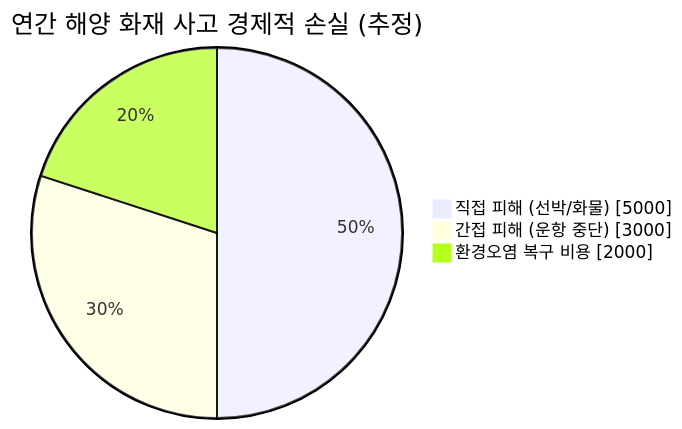
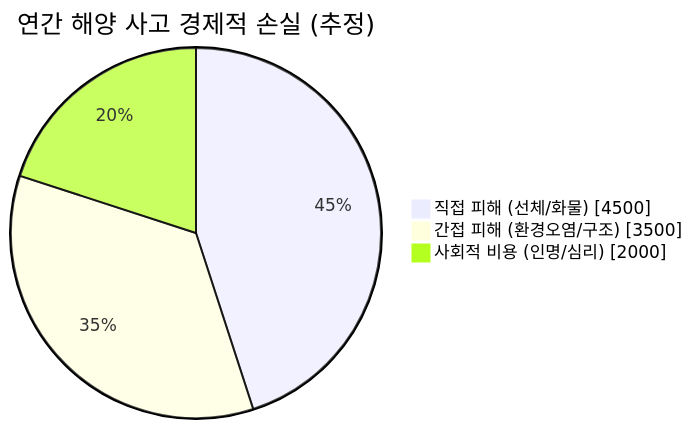
The fourth of 29 diagrams in report.md (ymseo741/isedss-presentation), drawn with Mermaid before and after one commit. The commit also changed other lines of this file, not shown here.

````diff
--- a/report.md
+++ b/report.md
@@ -125,7 +125,7 @@
 ```mermaid
 pie showData
-    title 연간 해양 화재 사고 경제적 손실 (추정)
-    "직접 피해 (선박/화물)" : 5000
-    "간접 피해 (운항 중단)" : 3000
-    "환경오염 복구 비용" : 2000
+    title 연간 해양 사고 경제적 손실 (추정)
+    "직접 피해 (선체/화물)" : 4500
+    "간접 피해 (환경오염/구조)" : 3500
+    "사회적 비용 (인명/심리)" : 2000
 ```
````
